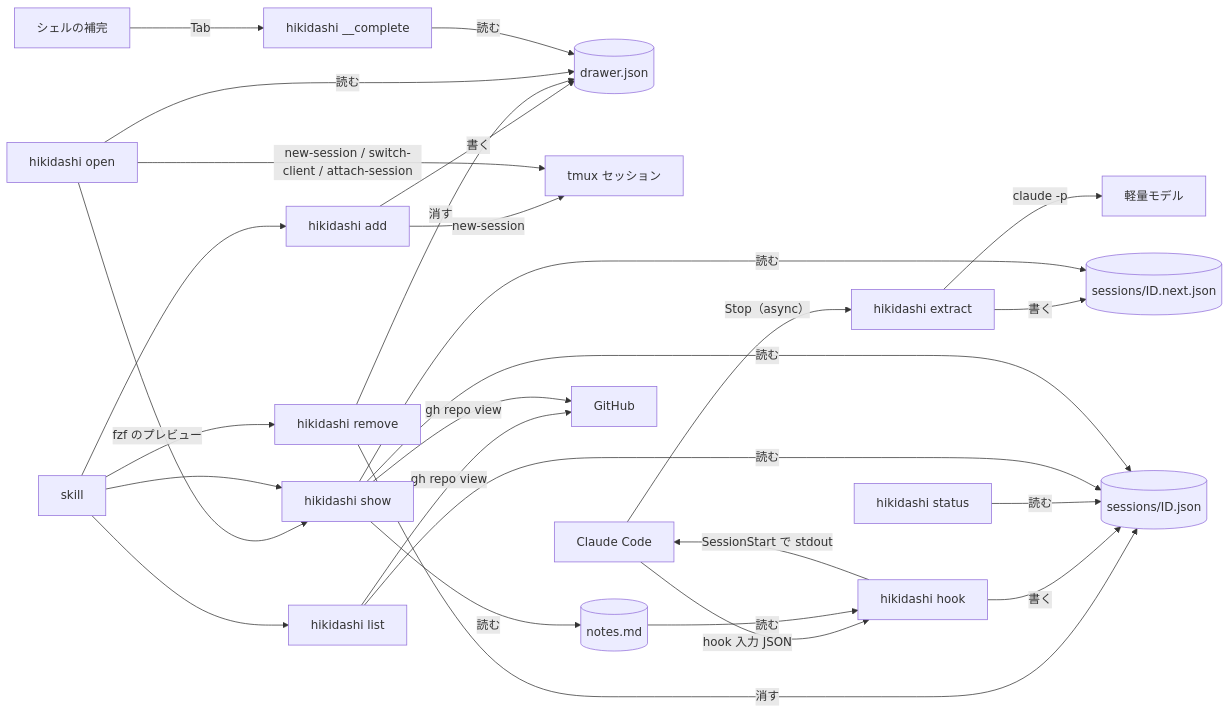
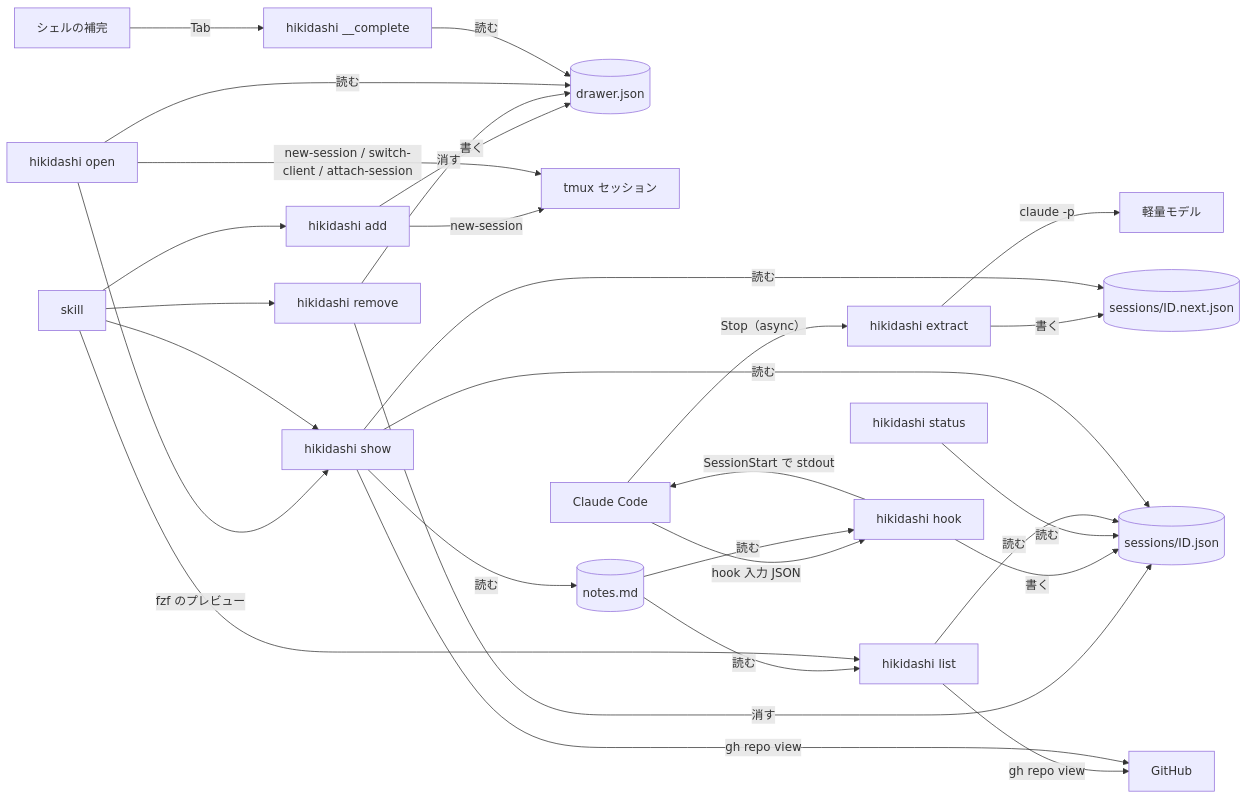
The first of 2 diagrams in docs/development/architecture.md (douhashi/hikidashi), drawn with Mermaid before and after one commit. The commit also changed other lines of this file and 5 other files, not shown here.

````diff
--- a/docs/development/architecture.md
+++ b/docs/development/architecture.md
@@ -39,30 +39,31 @@
 ```mermaid
 flowchart LR
   AD[hikidashi add] -- 書く --> D[(drawer.json)]
   AD -- new-session --> TS[tmux セッション]
   RM[hikidashi remove] -- 消す --> D
   RM -- 消す --> S
   CC[Claude Code] -- hook 入力 JSON --> H[hikidashi hook]
   CC -- Stop（async） --> X[hikidashi extract]
   H -- 書く --> S[(sessions/ID.json)]
   H -- SessionStart で stdout --> CC
   N[(notes.md)] -- 読む --> H
   X -- claude -p --> M[軽量モデル]
   X -- 書く --> A[(sessions/ID.next.json)]
   O[hikidashi open] -- 読む --> D
   O -- new-session / switch-client / attach-session --> TS
   O -- fzf のプレビュー --> SH
   ST[hikidashi status] -- 読む --> S
   LS[hikidashi list] -- 読む --> S
   LS -- gh repo view --> GH
+  N -- 読む --> LS
   SH[hikidashi show] -- 読む --> S
   SH -- 読む --> A
   SH -- 読む --> N
   SH -- gh repo view --> GH[GitHub]
   SK[skill] --> AD
   SK --> LS
   SK --> SH
   SK --> RM
   CP[シェルの補完] -- Tab --> CO[hikidashi __complete]
   CO -- 読む --> D
 ```
````
